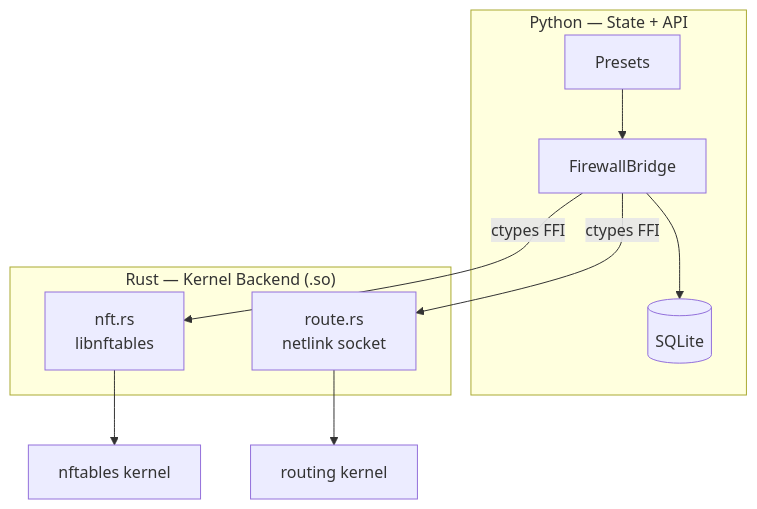
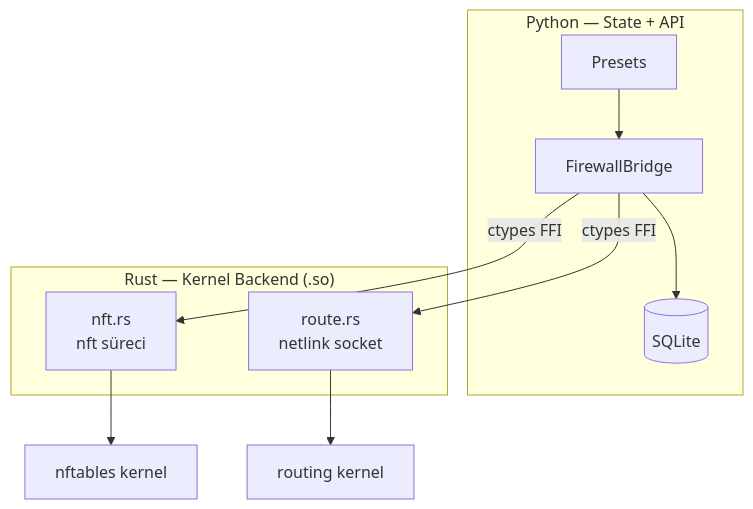
One commit to ARAS-Workspace/phantom-wg changed the first of 4 diagrams in README_TR.md. Above: the diagram before and after it, drawn with Mermaid. The commit also changed other lines of this file and 1 other file, not shown here.

Commit message:
Docs: README describes nft.rs through the nft program

````diff
--- a/README_TR.md
+++ b/README_TR.md
@@ -46,20 +46,20 @@
 ```mermaid
 graph TB
     subgraph Python ["Python — State + API"]
         B[FirewallBridge]
         DB[(SQLite)]
         P[Presets]
         B --> DB
         P --> B
     end
 
     subgraph Rust ["Rust — Kernel Backend (.so)"]
-        NFT[nft.rs<br/>libnftables]
+        NFT[nft.rs<br/>nft süreci]
         RT[route.rs<br/>netlink socket]
     end
 
     B -- "ctypes FFI" --> NFT
     B -- "ctypes FFI" --> RT
     NFT --> K[nftables kernel]
     RT --> K2[routing kernel]
 ```
````
